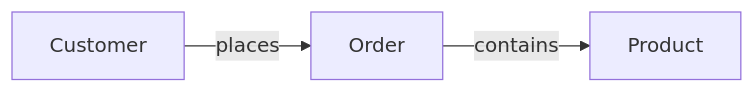
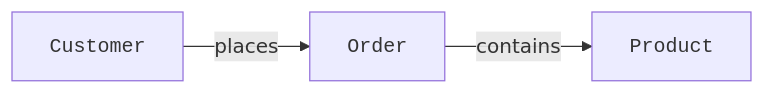
One commit to dataslope/dataslope changed the first of 6 diagrams in content/learn/database-design-postgresql/what-are-relationships.mdx. Above: the diagram before and after it, drawn with Mermaid. The commit also changed 46 other files, not shown here.

First line of the commit message:
Wrap code in mermaid edge labels + entity/table names in DB diagrams

````diff
--- a/content/learn/database-design-postgresql/what-are-relationships.mdx
+++ b/content/learn/database-design-postgresql/what-are-relationships.mdx
@@ -19,5 +19,5 @@
 ```mermaid
 flowchart LR
-    Customer["Customer"] -->|places| Order["Order"]
-    Order -->|contains| Product["Product"]
+    Customer["<code>Customer</code>"] -->|places| Order["<code>Order</code>"]
+    Order -->|contains| Product["<code>Product</code>"]
 ```
````
